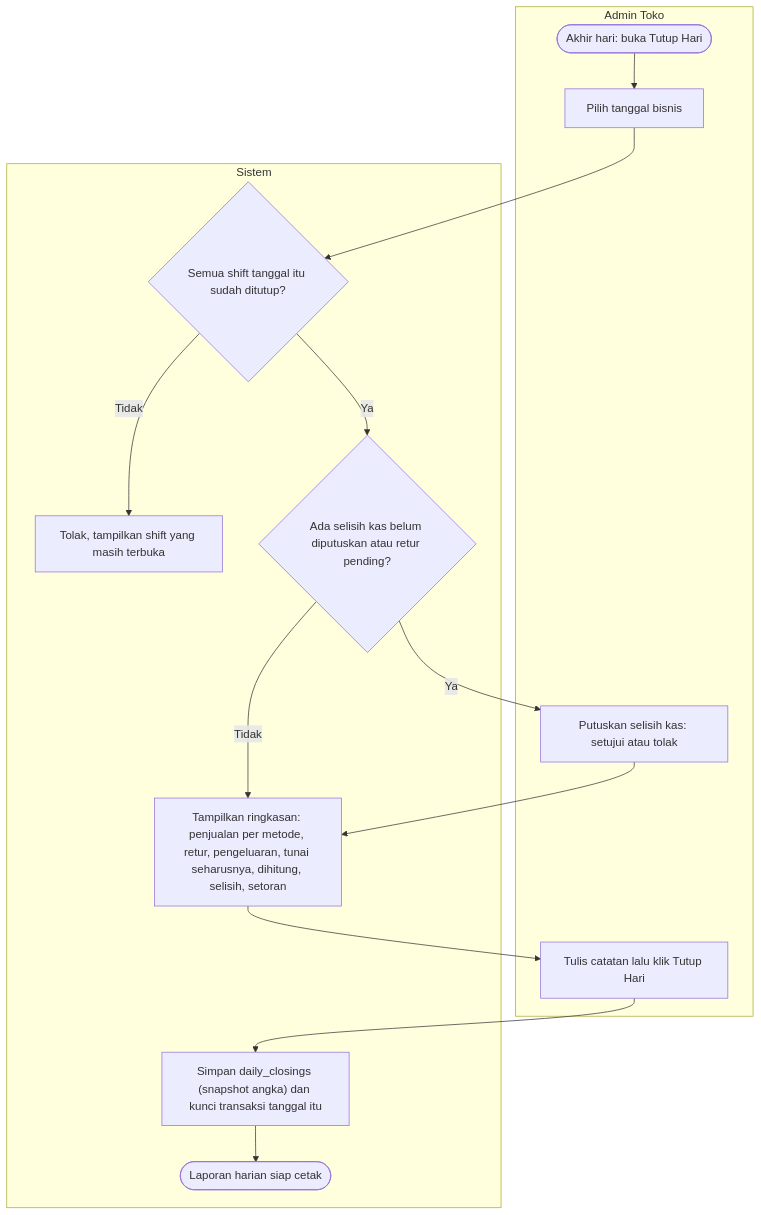
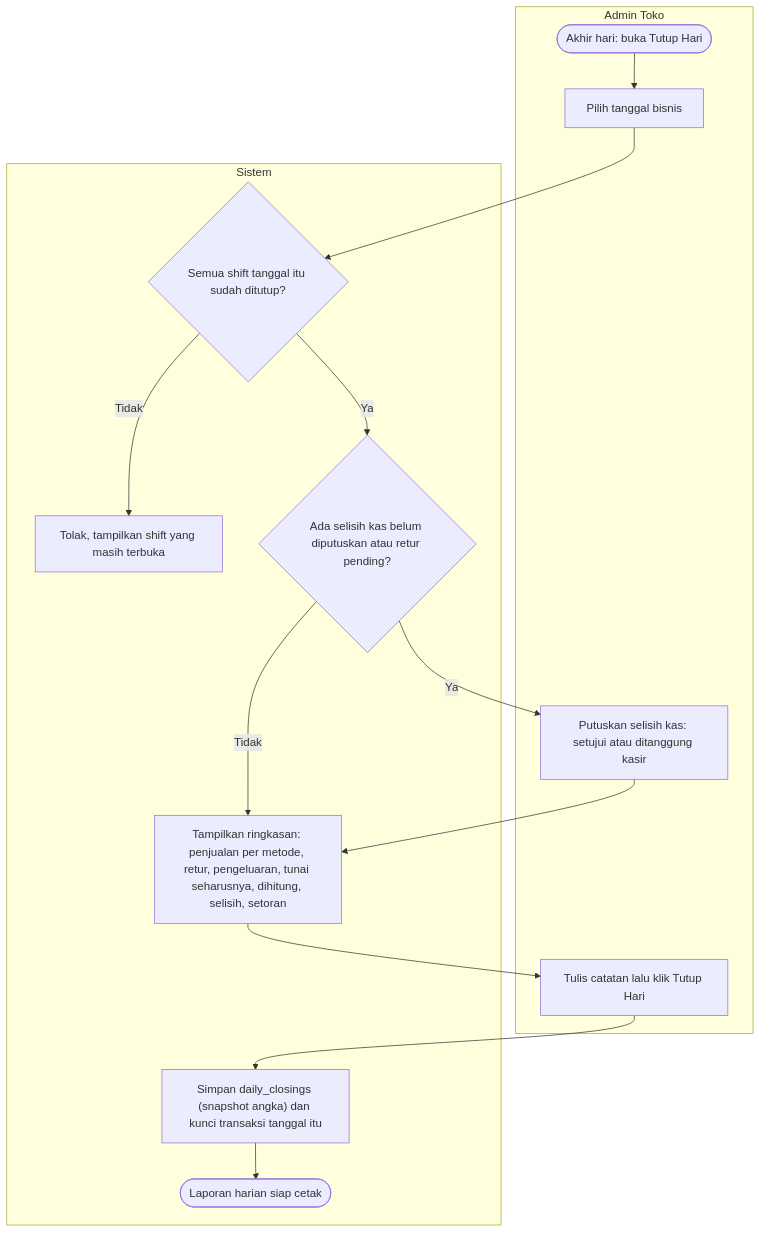
Before and after one commit to aliefpraditya/store-management: diagram 18 of 30 in docs/analisis-sistem.md, drawn with Mermaid. The commit also changed other lines of this file and 32 other files, not shown here.

````diff
--- a/docs/analisis-sistem.md
+++ b/docs/analisis-sistem.md
@@ -889,22 +889,22 @@
 ```mermaid
 flowchart TD
     subgraph ADM["Admin Toko"]
         A1(["Akhir hari: buka Tutup Hari"]) --> A2["Pilih tanggal bisnis"]
-        A5["Putuskan selisih kas: setujui atau tolak"]
+        A5["Putuskan selisih kas: setujui atau ditanggung kasir"]
         A7["Tulis catatan lalu klik Tutup Hari"]
     end
     subgraph SYS["Sistem"]
         S1{"Semua shift tanggal itu sudah ditutup?"}
         S2["Tolak, tampilkan shift yang masih terbuka"]
         S3{"Ada selisih kas belum diputuskan atau retur pending?"}
         S4["Tampilkan ringkasan: penjualan per metode, retur, pengeluaran, tunai seharusnya, dihitung, selisih, setoran"]
         S6["Simpan daily_closings (snapshot angka) dan kunci transaksi tanggal itu"]
         S8(["Laporan harian siap cetak"])
     end
     A2 --> S1
     S1 -->|"Tidak"| S2
     S1 -->|"Ya"| S3
     S3 -->|"Ya"| A5 --> S4
     S3 -->|"Tidak"| S4
     S4 --> A7 --> S6 --> S8
 ```
````
